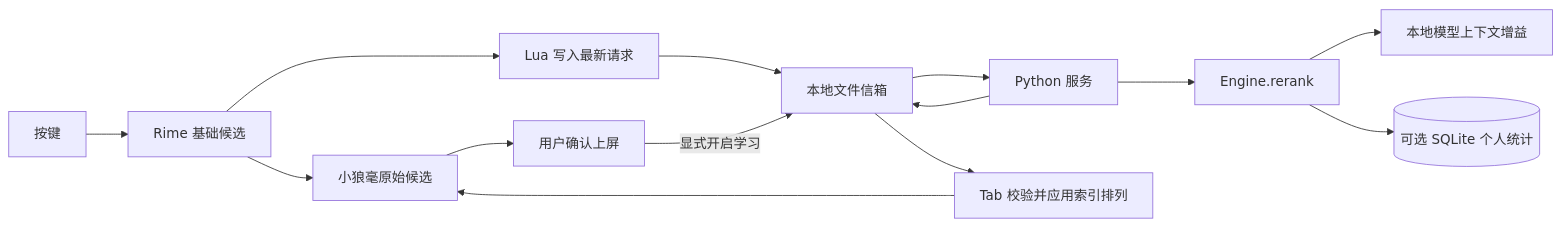
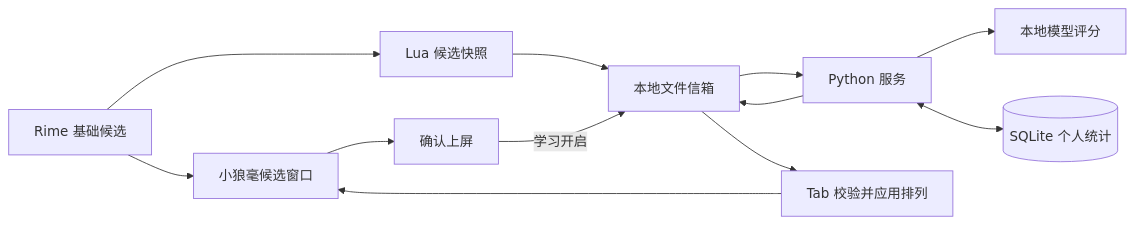
One commit to feli77/smart-im changed the diagram in docs/ARCHITECTURE.md. Above: the diagram before and after it, drawn with Mermaid. The commit also changed other lines of this file and 41 other files, not shown here.

````diff
--- a/docs/ARCHITECTURE.md
+++ b/docs/ARCHITECTURE.md
@@ -7,16 +5,14 @@
 ```mermaid
 flowchart LR
-    K[按键] --> R[Rime 基础候选]
-    R --> UI[小狼毫原始候选]
-    R --> Q[Lua 写入最新请求]
-    Q --> F[本地文件信箱]
+    R[Rime 基础候选] --> UI[小狼毫候选窗口]
+    R --> L[Lua 候选快照]
+    L --> F[本地文件信箱]
     F --> S[Python 服务]
-    S --> E[Engine.rerank]
-    E --> M[本地模型上下文增益]
-    E --> P[(可选 SQLite 个人统计)]
+    S --> M[本地模型评分]
+    S <--> P[(SQLite 个人统计)]
     S --> F
-    F --> T[Tab 校验并应用索引排列]
+    F --> T[Tab 校验并应用排列]
     T --> UI
-    UI --> C[用户确认上屏]
-    C -->|显式开启学习| F
+    UI --> C[确认上屏]
+    C -->|学习开启| F
 ```
````
